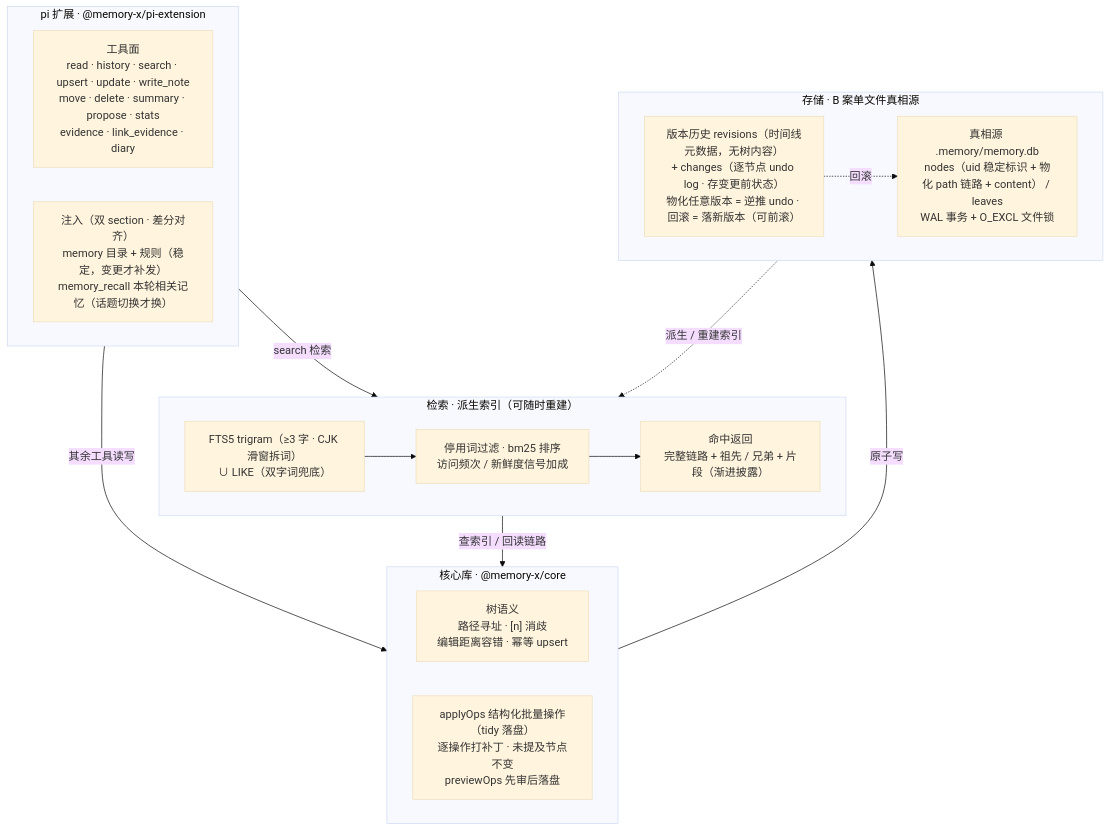
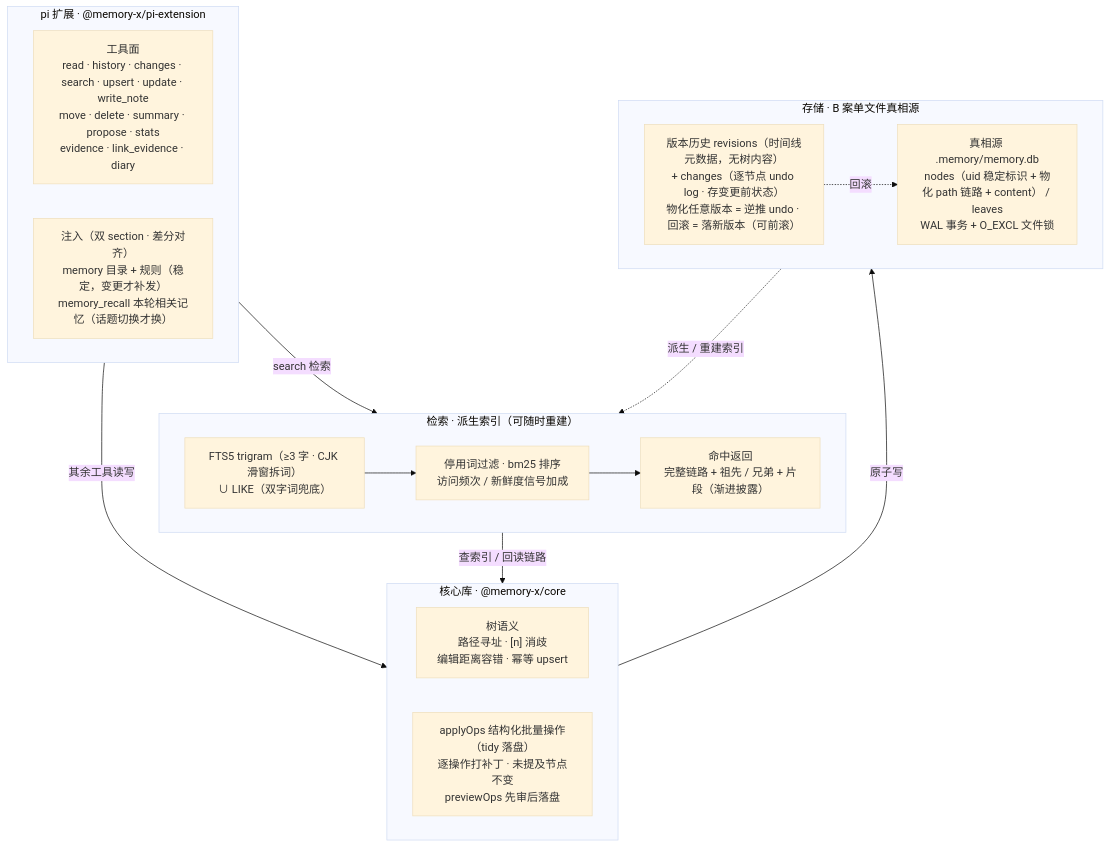
One commit to allmonday/memory-x changed the diagram in README.md. Above: the diagram before and after it, drawn with Mermaid (base theme). The commit also changed other lines of this file and 2 other files, not shown here.

Commit message:
feat(changes): memory_changes 工具——模型侧最近变更审计视图
- extension: 注册 memory_changes(limit=10，上限 30)，按版本分组（新→旧），
  值级 from→to 明细；输出带版本号 + rollback 提示，入参无需 revision id
- formatChangesForModel 模块级纯函数（可测）：头带时间戳与 op/detail，
  单条文本 60 字截断
- 用途：自审 tidy 落盘结果 / 确认写入生效 / 新会话了解树近期动态
- 注入规则补用法；README 工具面与功能说明同步；新增 3 个测试（128 全绿）

````diff
--- a/README.md
+++ b/README.md
@@ -41,33 +41,33 @@
 ```mermaid
 flowchart TB
     subgraph EXT["pi 扩展 · @memory-x/pi-extension"]
         direction LR
-        TOOLS["工具面<br/>read · history · search · upsert · update · write_note<br/>move · delete · summary · propose · stats<br/>evidence · link_evidence · diary"]
+        TOOLS["工具面<br/>read · history · changes · search · upsert · update · write_note<br/>move · delete · summary · propose · stats<br/>evidence · link_evidence · diary"]
         INJ["注入（双 section · 差分对齐）<br/>memory 目录 + 规则（稳定，变更才补发）<br/>memory_recall 本轮相关记忆（话题切换才换）"]
     end
 
     subgraph RET["检索 · 派生索引（可随时重建）"]
         direction LR
         FTS["FTS5 trigram（≥3 字 · CJK 滑窗拆词）<br/>∪ LIKE（双字词兜底）"] --> RANK["停用词过滤 · bm25 排序<br/>访问频次 / 新鲜度信号加成"]
         RANK --> HIT["命中返回<br/>完整链路 + 祖先 / 兄弟 + 片段（渐进披露）"]
     end
 
     subgraph CORE["核心库 · @memory-x/core"]
         direction LR
         TREE["树语义<br/>路径寻址 · [n] 消歧<br/>编辑距离容错 · 幂等 upsert"]
         RESTRUCT["applyOps 结构化批量操作（tidy 落盘）<br/>逐操作打补丁 · 未提及节点不变<br/>previewOps 先审后落盘"]
     end
 
     subgraph STORE["存储 · B 案单文件真相源"]
         direction LR
         DB["真相源 .memory/memory.db<br/>nodes（uid 稳定标识 + 物化 path 链路 + content） / leaves<br/>WAL 事务 + O_EXCL 文件锁"]
         REV["版本历史 revisions（时间线元数据，无树内容）<br/>+ changes（逐节点 undo log · 存变更前状态）<br/>物化任意版本 = 逆推 undo · 回滚 = 落新版本（可前滚）"]
     end
 
     EXT -->|"search 检索"| RET
     EXT -->|"其余工具读写"| CORE
     RET -->|"查索引 / 回读链路"| CORE
     CORE -->|"原子写"| STORE
     REV -. "回滚" .-> DB
     STORE -. "派生 / 重建索引" .-> RET
 ```
````
